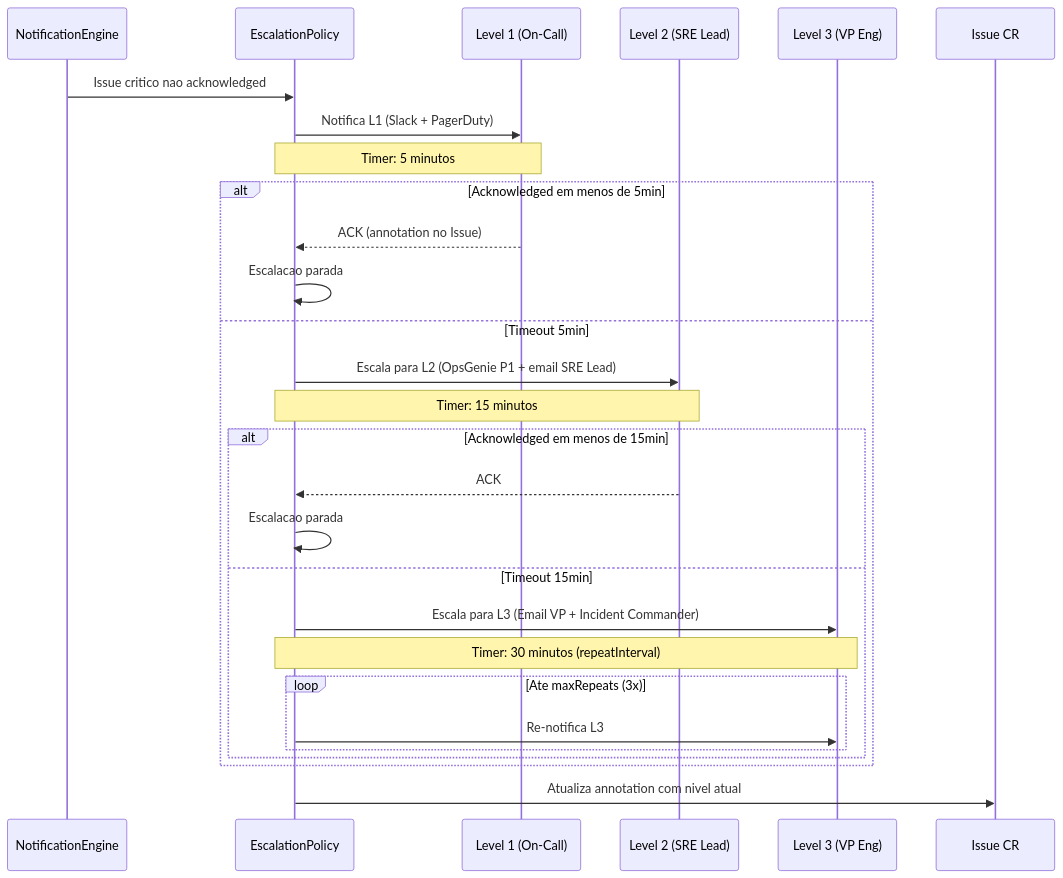
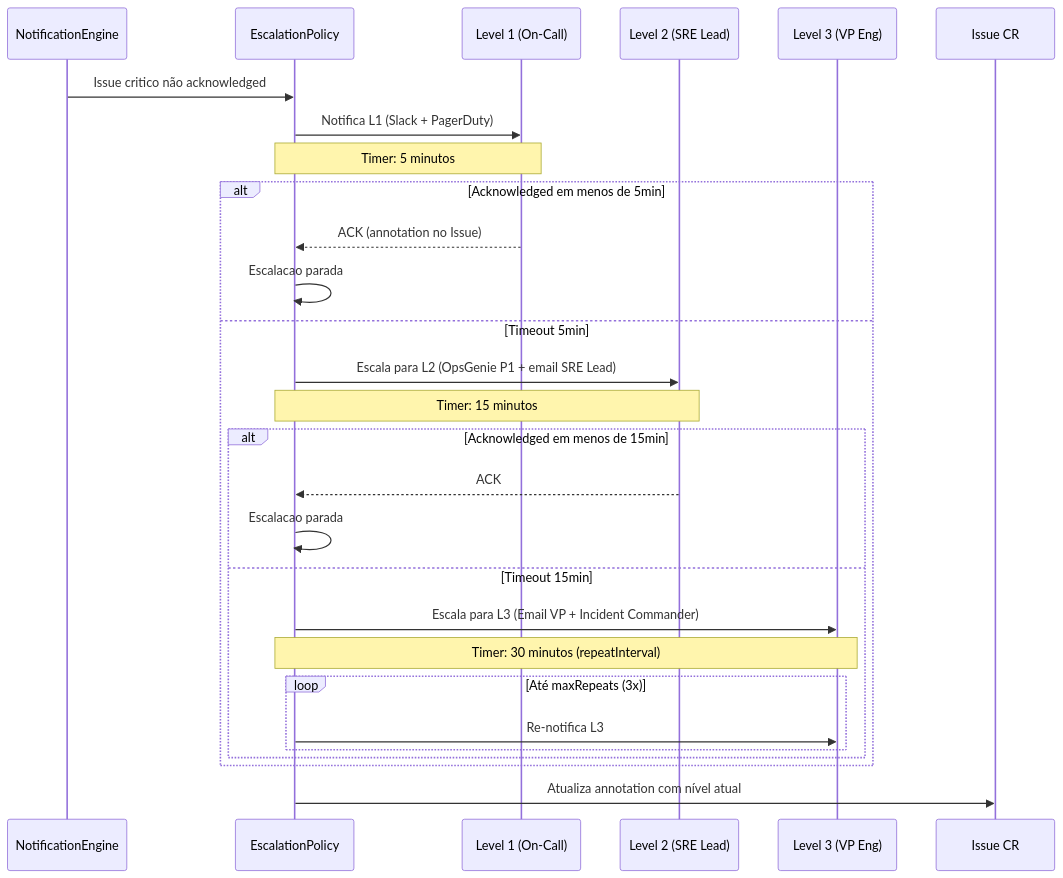
One commit to diillson/chatcli.ai changed the second of 2 diagrams in features/aiops/notifications.mdx. Above: the diagram before and after it, drawn with Mermaid. The commit also changed other lines of this file and 93 other files, not shown here.

````diff
--- a/features/aiops/notifications.mdx
+++ b/features/aiops/notifications.mdx
@@ -635,35 +635,35 @@
 ```mermaid
 sequenceDiagram
     participant NE as NotificationEngine
     participant EP as EscalationPolicy
     participant L1 as Level 1 (On-Call)
     participant L2 as Level 2 (SRE Lead)
     participant L3 as Level 3 (VP Eng)
     participant ISS as Issue CR
 
-    NE->>EP: Issue critico nao acknowledged
+    NE->>EP: Issue critico não acknowledged
     EP->>L1: Notifica L1 (Slack + PagerDuty)
     Note over EP,L1: Timer: 5 minutos
 
     alt Acknowledged em menos de 5min
         L1-->>EP: ACK (annotation no Issue)
         EP->>EP: Escalacao parada
     else Timeout 5min
         EP->>L2: Escala para L2 (OpsGenie P1 + email SRE Lead)
         Note over EP,L2: Timer: 15 minutos
 
         alt Acknowledged em menos de 15min
             L2-->>EP: ACK
             EP->>EP: Escalacao parada
         else Timeout 15min
             EP->>L3: Escala para L3 (Email VP + Incident Commander)
             Note over EP,L3: Timer: 30 minutos (repeatInterval)
 
-            loop Ate maxRepeats (3x)
+            loop Até maxRepeats (3x)
                 EP->>L3: Re-notifica L3
             end
         end
     end
 
-    EP->>ISS: Atualiza annotation com nivel atual
+    EP->>ISS: Atualiza annotation com nível atual
 ```
````
